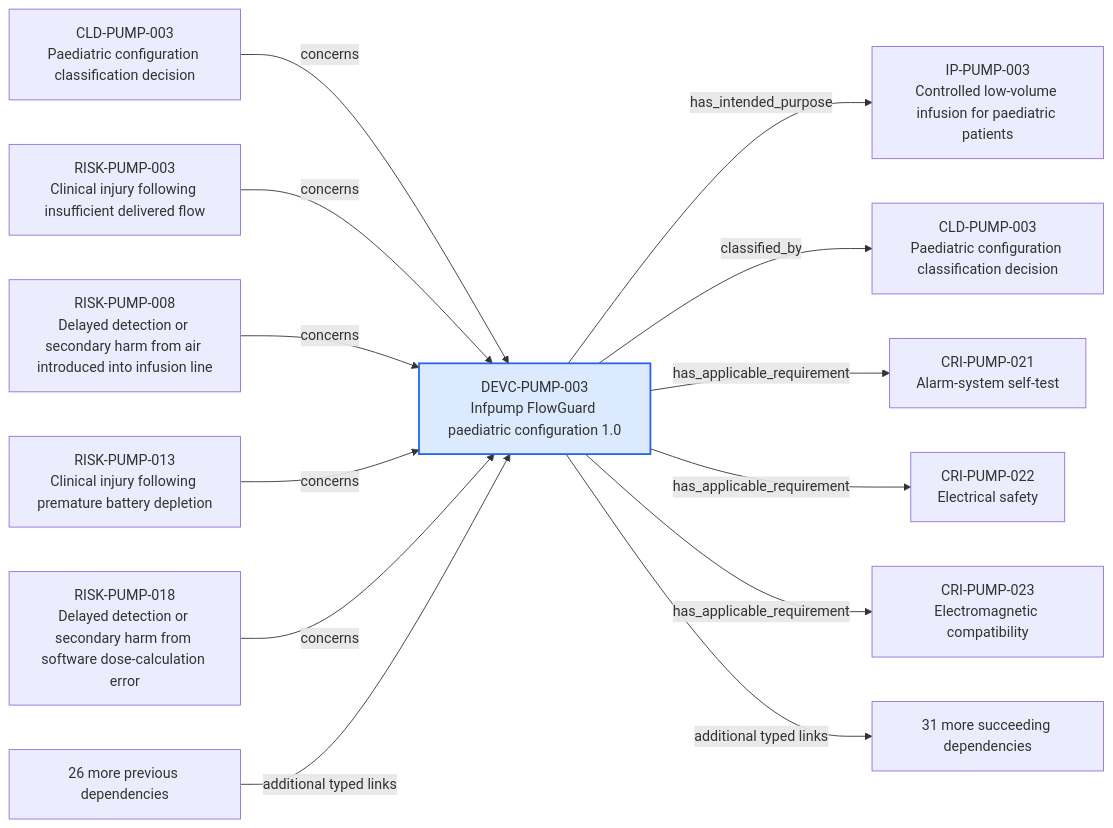
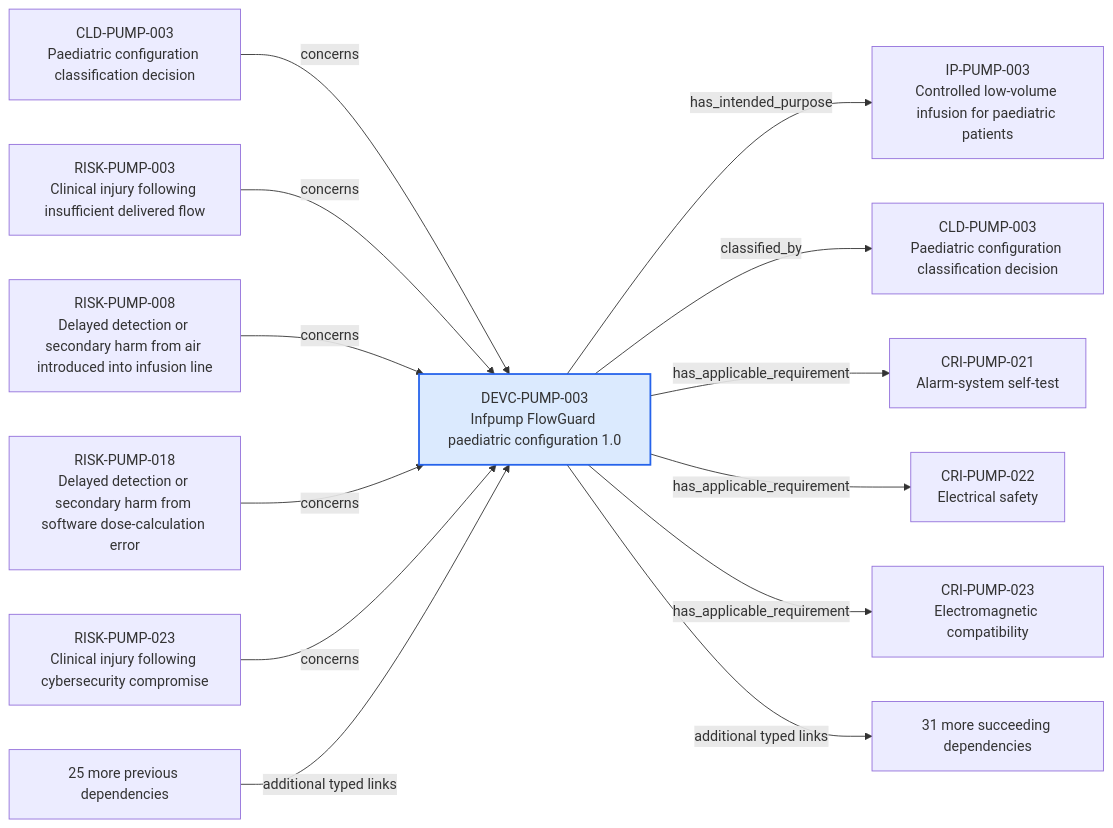
One commit to mvattulainen/mdrontology changed the diagram in content/06-Infpump FlowGuard ontology notes/device-configuration/DEVC-PUMP-003-infpump-flowguard-paediatric-configuration-10.md. Above: the diagram before and after it, drawn with Mermaid. The commit also changed other lines of this file and 30 other files, not shown here.

````diff
--- a/content/06-Infpump FlowGuard ontology notes/device-configuration/DEVC-PUMP-003-infpump-flowguard-paediatric-configuration-10.md
+++ b/content/06-Infpump FlowGuard ontology notes/device-configuration/DEVC-PUMP-003-infpump-flowguard-paediatric-configuration-10.md
@@ -159,30 +159,30 @@
 ```mermaid
 flowchart LR
   CURRENT["DEVC-PUMP-003<br/>Infpump FlowGuard paediatric configuration 1.0"]
   PREV0["CLD-PUMP-003<br/>Paediatric configuration classification decision"]
   PREV0 -->|"concerns"| CURRENT
   PREV1["RISK-PUMP-003<br/>Clinical injury following insufficient delivered flow"]
   PREV1 -->|"concerns"| CURRENT
   PREV2["RISK-PUMP-008<br/>Delayed detection or secondary harm from air introduced into infusion line"]
   PREV2 -->|"concerns"| CURRENT
-  PREV3["RISK-PUMP-013<br/>Clinical injury following premature battery depletion"]
+  PREV3["RISK-PUMP-018<br/>Delayed detection or secondary harm from software dose-calculation error"]
   PREV3 -->|"concerns"| CURRENT
-  PREV4["RISK-PUMP-018<br/>Delayed detection or secondary harm from software dose-calculation error"]
+  PREV4["RISK-PUMP-023<br/>Clinical injury following cybersecurity compromise"]
   PREV4 -->|"concerns"| CURRENT
-  PREV_MORE["26 more previous dependencies"]
+  PREV_MORE["25 more previous dependencies"]
   PREV_MORE -->|"additional typed links"| CURRENT
   NEXT0["IP-PUMP-003<br/>Controlled low-volume infusion for paediatric patients"]
   CURRENT -->|"has_intended_purpose"| NEXT0
   NEXT1["CLD-PUMP-003<br/>Paediatric configuration classification decision"]
   CURRENT -->|"classified_by"| NEXT1
   NEXT2["CRI-PUMP-021<br/>Alarm-system self-test"]
   CURRENT -->|"has_applicable_requirement"| NEXT2
   NEXT3["CRI-PUMP-022<br/>Electrical safety"]
   CURRENT -->|"has_applicable_requirement"| NEXT3
   NEXT4["CRI-PUMP-023<br/>Electromagnetic compatibility"]
   CURRENT -->|"has_applicable_requirement"| NEXT4
   NEXT_MORE["31 more succeeding dependencies"]
   CURRENT -->|"additional typed links"| NEXT_MORE
   classDef current fill:#dbeafe,stroke:#2563eb,stroke-width:2px
   class CURRENT current
 ```
````
